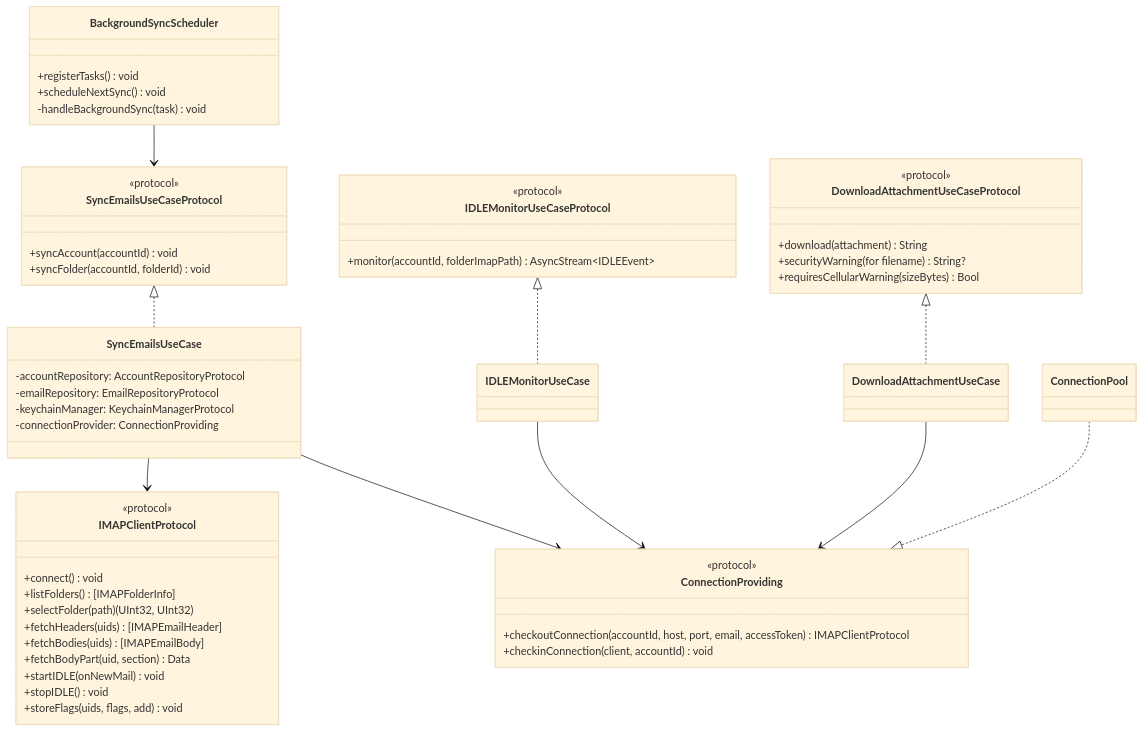
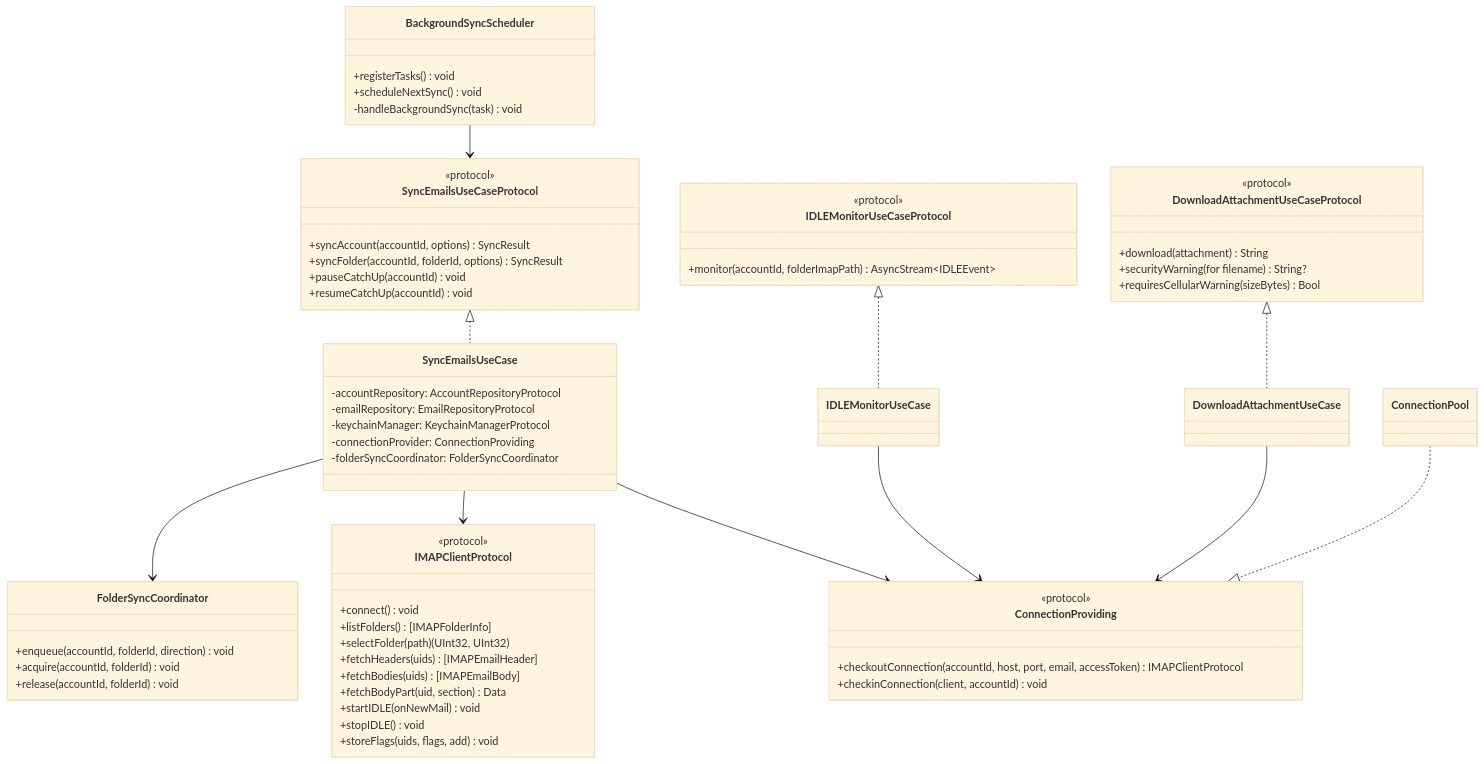
One commit to VishnuBishnoi/email changed the diagram in docs/features/email-sync/ios-macos/plan.md. Above: the diagram before and after it, drawn with Mermaid (base theme). The commit also changed other lines of this file and 26 other files, not shown here.

First line of the commit message:
Implement staged sync catch-up flow and pagination hardening

````diff
--- a/docs/features/email-sync/ios-macos/plan.md
+++ b/docs/features/email-sync/ios-macos/plan.md
@@ -37,62 +37,72 @@
 ```mermaid
 classDiagram
     class SyncEmailsUseCaseProtocol {
         <<protocol>>
-        +syncAccount(accountId) void
-        +syncFolder(accountId, folderId) void
+        +syncAccount(accountId, options) SyncResult
+        +syncFolder(accountId, folderId, options) SyncResult
+        +pauseCatchUp(accountId) void
+        +resumeCatchUp(accountId) void
     }
 
     class SyncEmailsUseCase {
         -accountRepository: AccountRepositoryProtocol
         -emailRepository: EmailRepositoryProtocol
         -keychainManager: KeychainManagerProtocol
         -connectionProvider: ConnectionProviding
+        -folderSyncCoordinator: FolderSyncCoordinator
+    }
+
+    class FolderSyncCoordinator {
+        +enqueue(accountId, folderId, direction) void
+        +acquire(accountId, folderId) void
+        +release(accountId, folderId) void
     }
 
     class IDLEMonitorUseCaseProtocol {
         <<protocol>>
         +monitor(accountId, folderImapPath) AsyncStream~IDLEEvent~
     }
 
     class DownloadAttachmentUseCaseProtocol {
         <<protocol>>
         +download(attachment) String
         +securityWarning(for filename) String?
         +requiresCellularWarning(sizeBytes) Bool
     }
 
     class BackgroundSyncScheduler {
         +registerTasks() void
         +scheduleNextSync() void
         -handleBackgroundSync(task) void
     }
 
     class ConnectionProviding {
         <<protocol>>
         +checkoutConnection(accountId, host, port, email, accessToken) IMAPClientProtocol
         +checkinConnection(client, accountId) void
     }
 
     class IMAPClientProtocol {
         <<protocol>>
         +connect() void
         +listFolders() [IMAPFolderInfo]
         +selectFolder(path) (UInt32, UInt32)
         +fetchHeaders(uids) [IMAPEmailHeader]
         +fetchBodies(uids) [IMAPEmailBody]
         +fetchBodyPart(uid, section) Data
         +startIDLE(onNewMail) void
         +stopIDLE() void
         +storeFlags(uids, flags, add) void
     }
 
     SyncEmailsUseCaseProtocol <|.. SyncEmailsUseCase
     SyncEmailsUseCase --> ConnectionProviding
     SyncEmailsUseCase --> IMAPClientProtocol
+    SyncEmailsUseCase --> FolderSyncCoordinator
     IDLEMonitorUseCaseProtocol <|.. IDLEMonitorUseCase
     IDLEMonitorUseCase --> ConnectionProviding
     BackgroundSyncScheduler --> SyncEmailsUseCaseProtocol
     DownloadAttachmentUseCaseProtocol <|.. DownloadAttachmentUseCase
     DownloadAttachmentUseCase --> ConnectionProviding
     ConnectionPool ..|> ConnectionProviding
 ```
````
